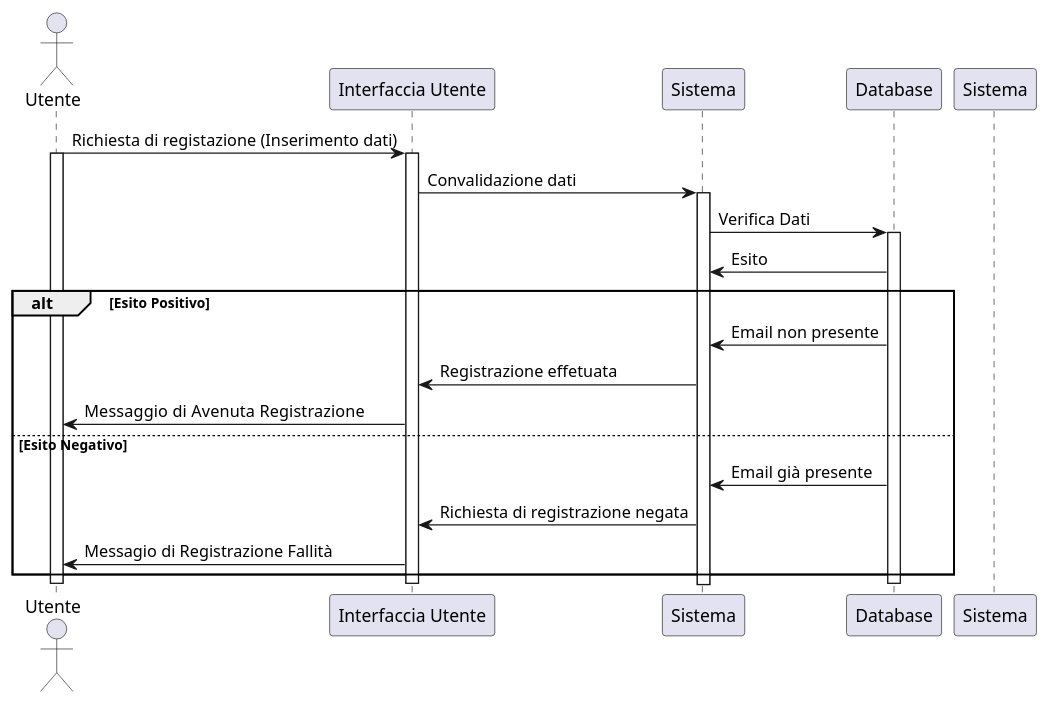
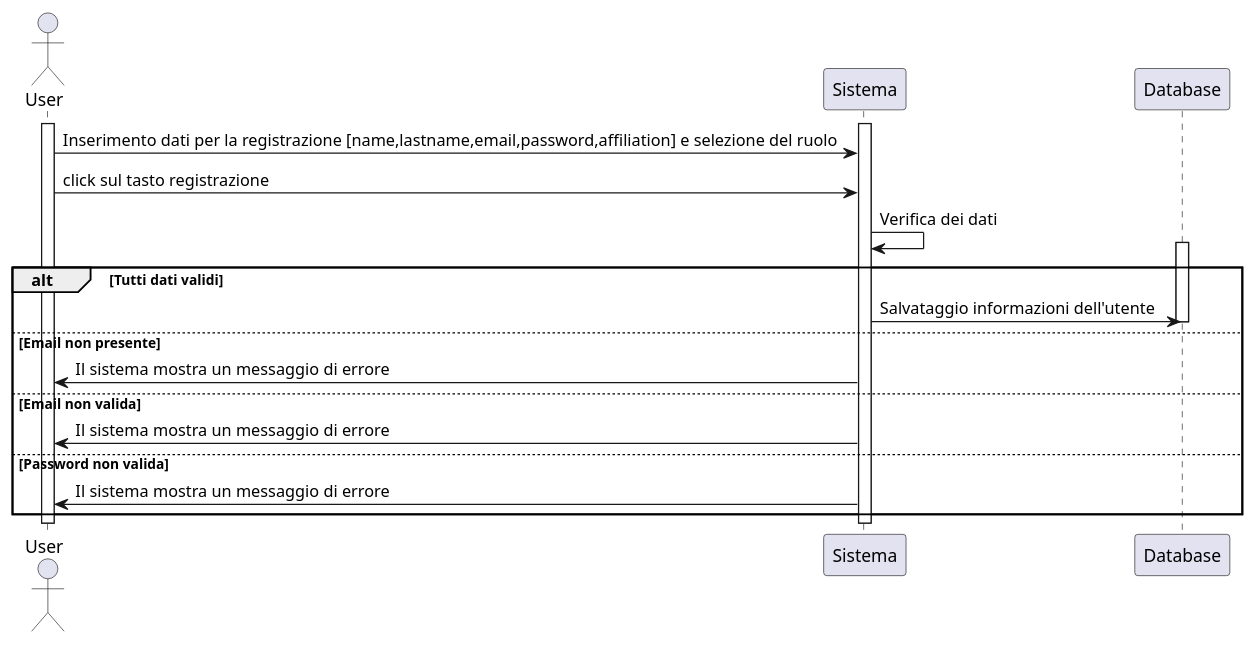
Before and after one commit to Air4x/Progetto_ISW: the diagram in VisualParadigm/diagramma_sequenza_registrazione.puml, drawn with PlantUML. The commit also changed 5 other files, not shown here.

Commit message:
Modificat i diagrammi di sequenzza per accesso, registrazione,sottomisionearticolo,revisione,creaconferenza

```diff
--- a/VisualParadigm/diagramma_sequenza_registrazione.puml
+++ b/VisualParadigm/diagramma_sequenza_registrazione.puml
@@ -1,33 +1,28 @@
 @startuml
-actor Utente
 
-participant "Interfaccia Utente" as UI
-participant "Sistema" as SI
-participant "Database" as DB
+actor User as us
+participant "Sistema" as ui
+participant "Database" as db
 
-Utente -> UI : Richiesta di registazione (Inserimento dati)
-activate Utente
-activate UI
-UI -> SI : Convalidazione dati
-activate SI
-SI -> DB : Verifica Dati
-activate DB
-DB ->SI : Esito
-
-alt Esito Positivo
-DB -> SI : Email non presente
-SI -> UI : Registrazione effetuata
-UI -> Utente: Messaggio  di Avenuta Registrazione 
-else Esito Negativo
-DB -> SI : Email già presente
-SI -> UI : Richiesta di registrazione negata
-UI -> Utente: Messagio di Registrazione Fallità
+activate us
+activate ui
+us -> ui : Inserimento dati per la registrazione [name,lastname,email,password,affiliation] e selezione del ruolo
+us -> ui : click sul tasto registrazione
+ui->ui: Verifica dei dati
+alt Tutti dati validi
+activate db
+ui->db: Salvataggio informazioni dell'utente
+deactivate db
+else Email non presente
+ui->us: Il sistema mostra un messaggio di errore
+else Email non valida
+ui->us: Il sistema mostra un messaggio di errore
+else Password non valida
+ui->us:  Il sistema mostra un messaggio di errore 
 end
 
-deactivate Utente
-deactivate UI
-deactivate Sistema
-deactivate DB
+deactivate us
+deactivate ui
 
 
 @enduml
```
